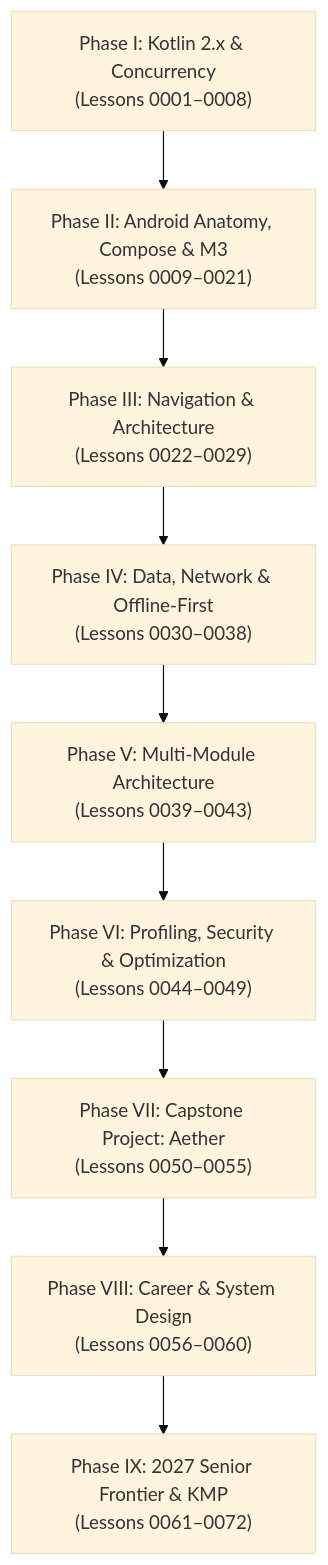
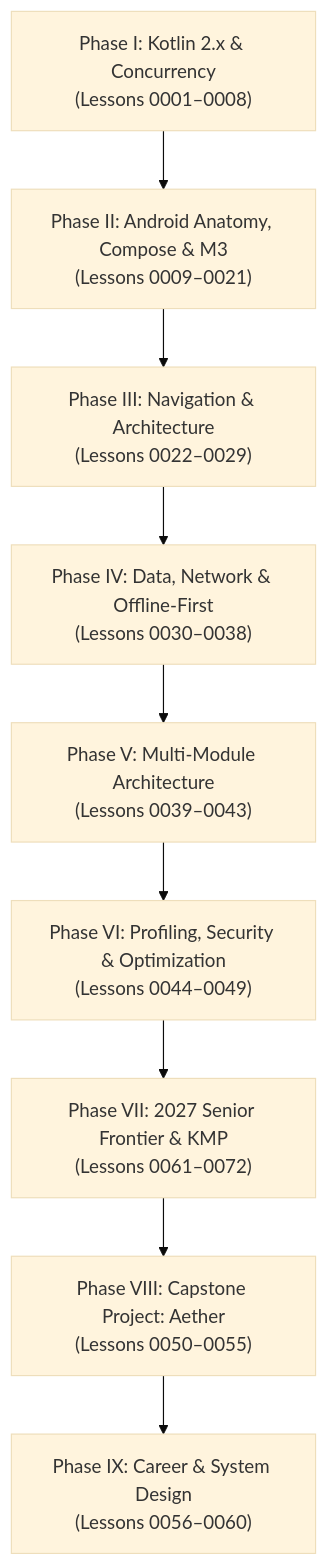
One commit to TimLiu-Dev/Learn changed the diagram in Android/MASTER_PLAN.md. Above: the diagram before and after it, drawn with Mermaid (base theme). The commit also changed other lines of this file and 1121 other files, not shown here.

````diff
--- a/Android/MASTER_PLAN.md
+++ b/Android/MASTER_PLAN.md
@@ -44,11 +46,11 @@
 ```mermaid
 flowchart TD
     P1["Phase I: Kotlin 2.x & Concurrency<br/>(Lessons 0001–0008)"] --> P2["Phase II: Android Anatomy, Compose & M3<br/>(Lessons 0009–0021)"]
     P2 --> P3["Phase III: Navigation & Architecture<br/>(Lessons 0022–0029)"]
     P3 --> P4["Phase IV: Data, Network & Offline-First<br/>(Lessons 0030–0038)"]
     P4 --> P5["Phase V: Multi-Module Architecture<br/>(Lessons 0039–0043)"]
     P5 --> P6["Phase VI: Profiling, Security & Optimization<br/>(Lessons 0044–0049)"]
-    P6 --> P7["Phase VII: Capstone Project: Aether<br/>(Lessons 0050–0055)"]
-    P7 --> P8["Phase VIII: Career & System Design<br/>(Lessons 0056–0060)"]
-    P8 --> P9["Phase IX: 2027 Senior Frontier & KMP<br/>(Lessons 0061–0072)"]
+    P6 --> P9["Phase VII: 2027 Senior Frontier & KMP<br/>(Lessons 0061–0072)"]
+    P9 --> P7["Phase VIII: Capstone Project: Aether<br/>(Lessons 0050–0055)"]
+    P7 --> P8["Phase IX: Career & System Design<br/>(Lessons 0056–0060)"]
 ```
````
